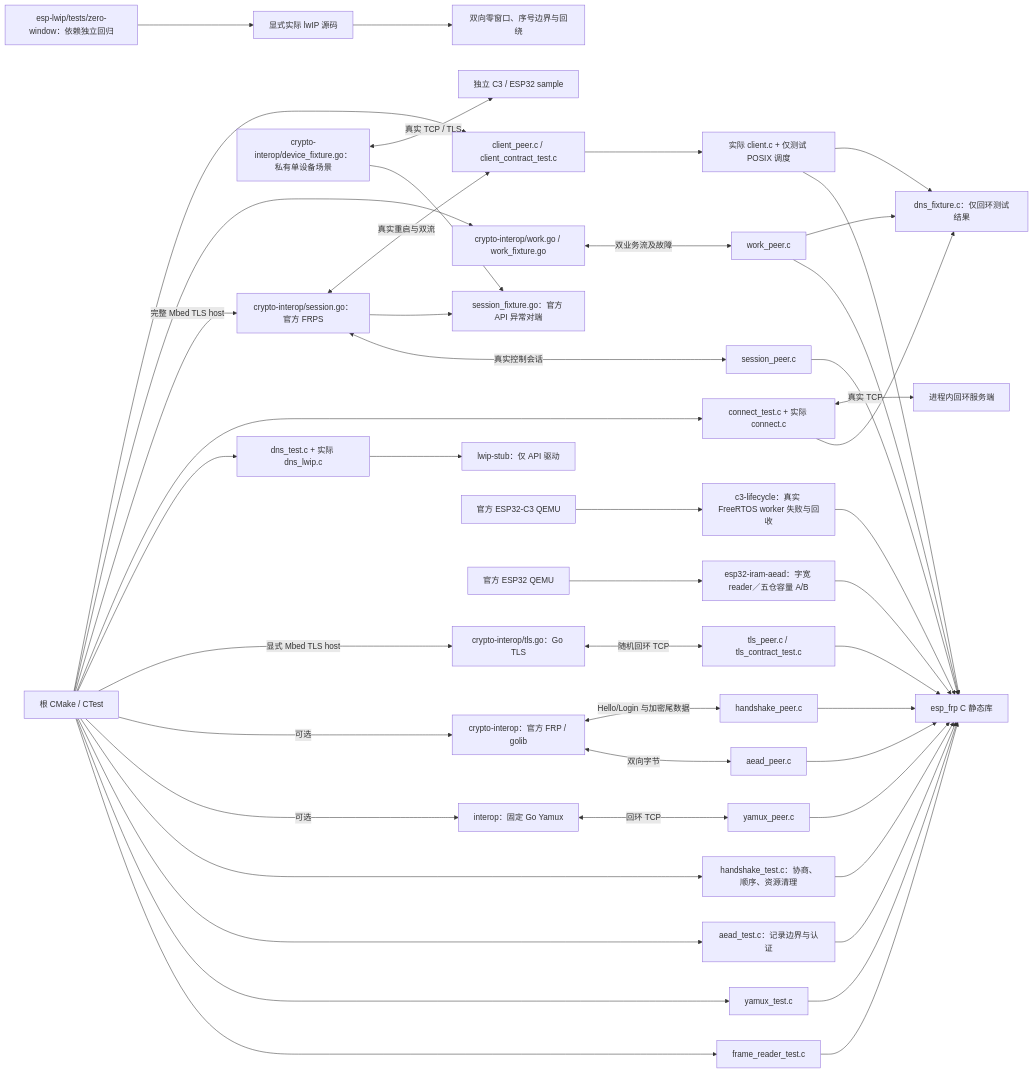
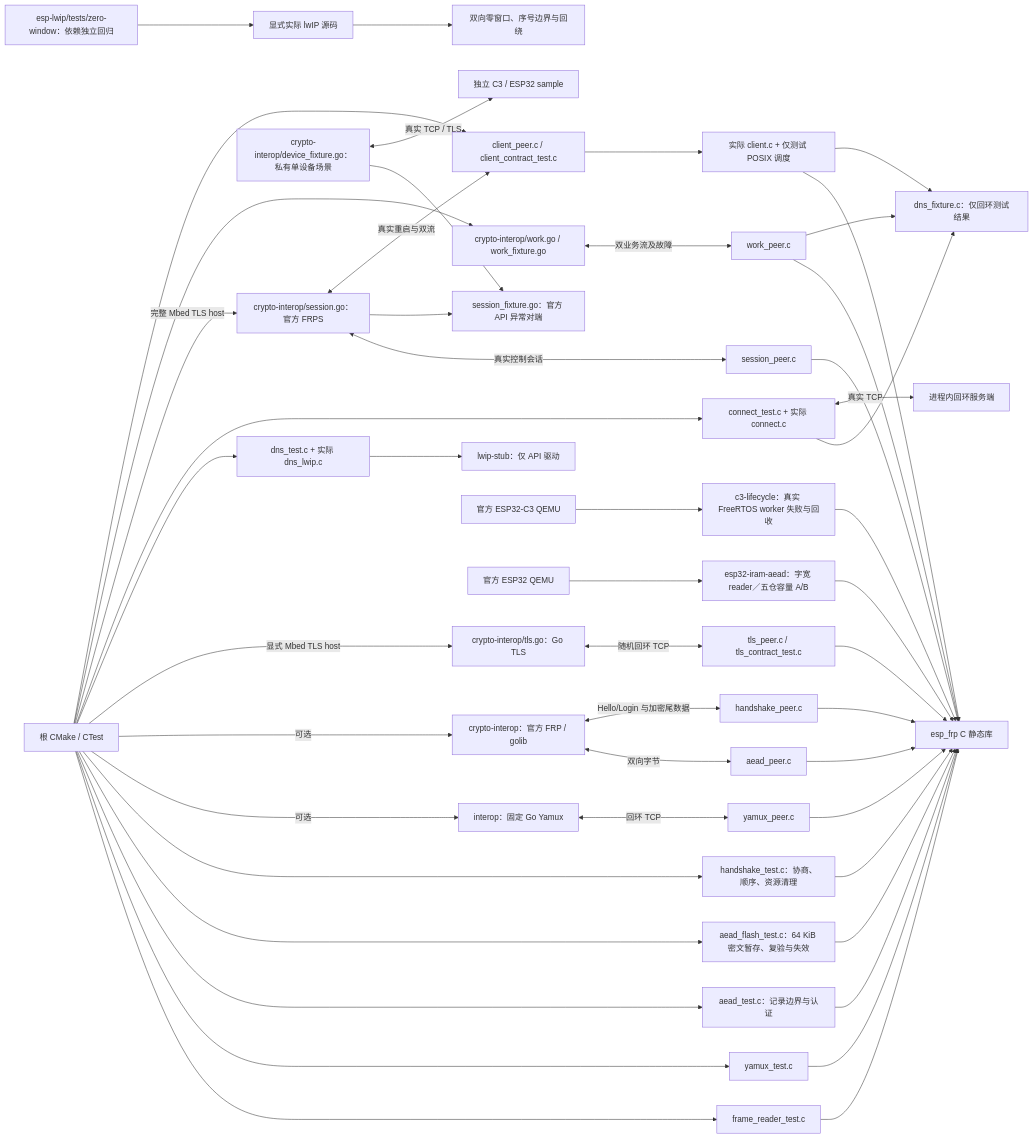
Before and after one commit to darren-you/esp-frp: the diagram in tests/README.md, drawn with Mermaid. The commit also changed other lines of this file and 13 other files, not shown here.

````diff
--- a/tests/README.md
+++ b/tests/README.md
@@ -5,48 +5,50 @@
 ```mermaid
 flowchart LR
     cmake["根 CMake / CTest"] --> wire["frame_reader_test.c"]
     cmake --> mux["yamux_test.c"]
     cmake --> aead["aead_test.c：记录边界与认证"]
+    cmake --> flash["aead_flash_test.c：64 KiB 密文暂存、复验与失效"]
     cmake --> handshake["handshake_test.c：协商、顺序、资源清理"]
     wire --> lib["esp_frp C 静态库"]
     mux --> lib
     aead --> lib
+    flash --> lib
     handshake --> lib
     cmake -->|"可选"| upstream["interop：固定 Go Yamux"]
     upstream <-->|"回环 TCP"| peer["yamux_peer.c"]
     peer --> lib
     cmake -->|"可选"| crypto["crypto-interop：官方 FRP / golib"]
     crypto <-->|"双向字节"| cp["aead_peer.c"]
     cp --> lib
     crypto <-->|"Hello/Login 与加密尾数据"| hp["handshake_peer.c"]
     hp --> lib
     cmake -->|"显式 Mbed TLS host"| tls["crypto-interop/tls.go：Go TLS"]
     tls <-->|"随机回环 TCP"| tp["tls_peer.c / tls_contract_test.c"]
     tp --> lib
     cmake --> dns["dns_test.c + 实际 dns_lwip.c"]
     dns --> stub["lwip-stub：仅 API 驱动"]
     cmake --> tcp["connect_test.c + 实际 connect.c"]
     tcp --> fixture["dns_fixture.c：仅回环测试结果"]
     tcp <-->|"真实 TCP"| socket["进程内回环服务端"]
     cmake -->|"完整 Mbed TLS host"| session["crypto-interop/session.go：官方 FRPS"]
     session <-->|"真实控制会话"| sp["session_peer.c"]
     sp --> lib
     session --> faults["session_fixture.go：官方 API 异常对端"]
     device["crypto-interop/device_fixture.go：私有单设备场景"] --> faults
     device <-->|"真实 TCP / TLS"| board["独立 C3 / ESP32 sample"]
     cmake --> work["crypto-interop/work.go / work_fixture.go"]
     work <-->|"双业务流及故障"| wp["work_peer.c"]
     wp --> lib
     wp --> fixture
     cmake --> client["client_peer.c / client_contract_test.c"]
     client --> worker["实际 client.c + 仅测试 POSIX 调度"]
     worker --> lib
     worker --> fixture
     session <-->|"真实重启与双流"| client
     qemu["官方 ESP32-C3 QEMU"] --> lifecycle["c3-lifecycle：真实 FreeRTOS worker 失败与回收"]
     lifecycle --> lib
     qemu32["官方 ESP32 QEMU"] --> iram["esp32-iram-aead：字宽 reader／五仓容量 A/B"]
     iram --> lib
     dependency["esp-lwip/tests/zero-window：依赖独立回归"] --> sdk["显式实际 lwIP 源码"]
     sdk --> zero["双向零窗口、序号边界与回绕"]
 ```
````
